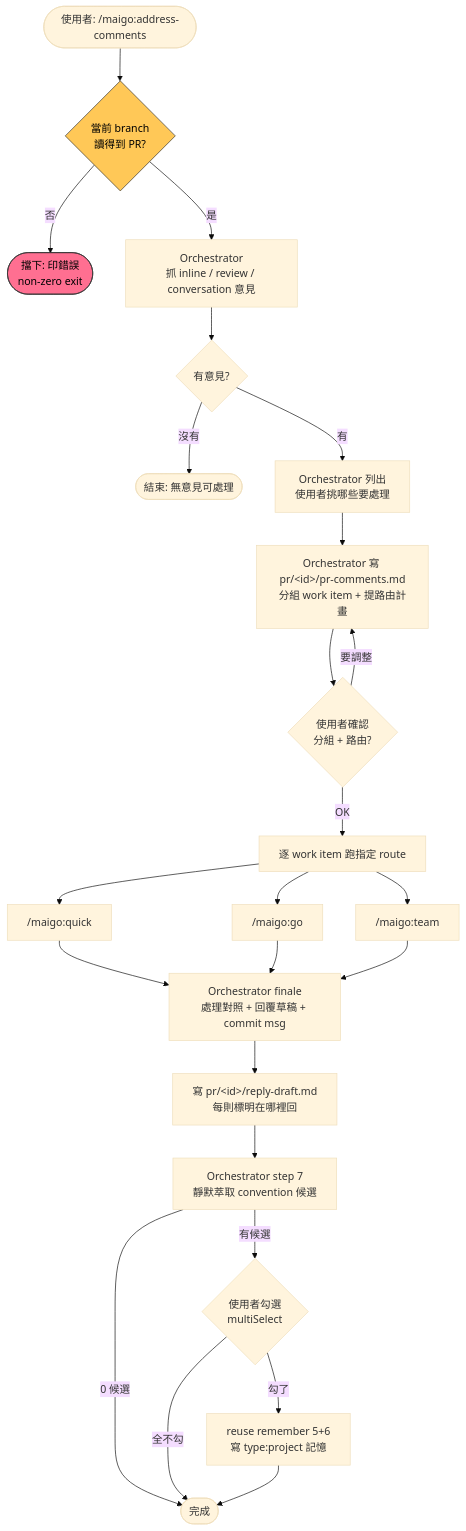
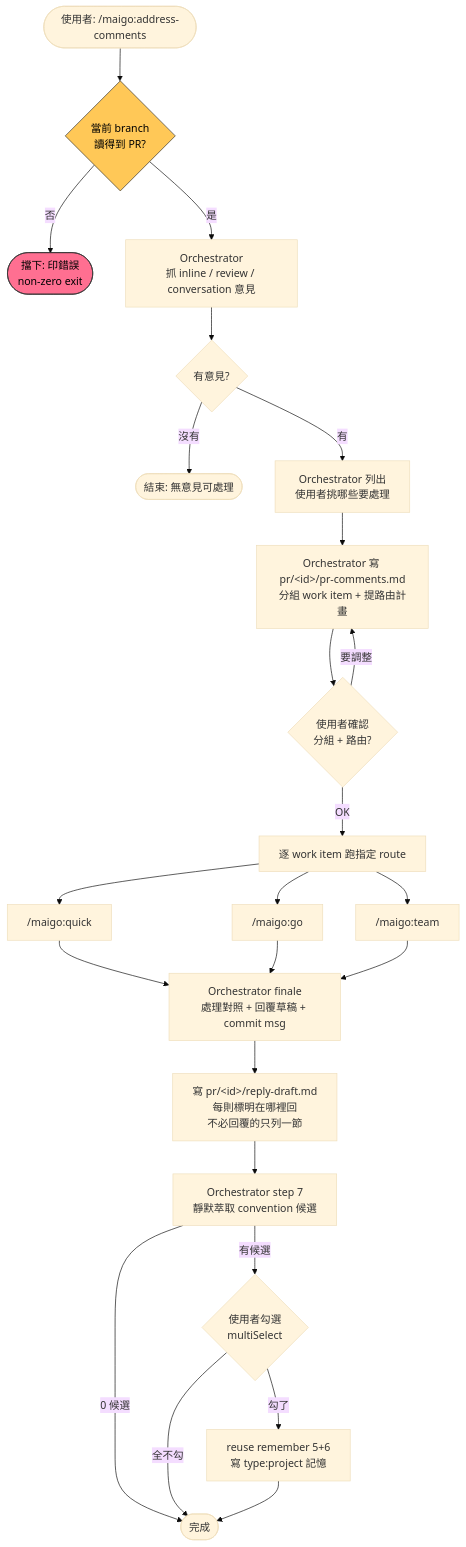
Before and after one commit to Lee-W/maigo: the diagram in docs/commands/address-comments.md, drawn with Mermaid (base theme). The commit also changed 9 other files, not shown here.

First line of the commit message:
feat(skills): draft reply-to-reviewer text as one short sentence with no praise opener, no footer by default, and skip replies that need none

````diff
--- a/docs/commands/address-comments.md
+++ b/docs/commands/address-comments.md
@@ -1,32 +1,32 @@
 ```mermaid
 flowchart TD
     Start([使用者: /maigo:address-comments]) --> Gate{當前 branch<br/>讀得到 PR?}
     Gate -- 否 --> Block([擋下: 印錯誤<br/>non-zero exit])
     Gate -- 是 --> Fetch[Orchestrator<br/>抓 inline / review / conversation 意見]
     Fetch --> HasComments{有意見?}
     HasComments -- 沒有 --> NoOp([結束: 無意見可處理])
     HasComments -- 有 --> List[Orchestrator 列出<br/>使用者挑哪些要處理]
     List --> Plan[Orchestrator 寫 pr/&lt;id&gt;/pr-comments.md<br/>分組 work item + 提路由計畫]
     Plan --> Confirm{使用者確認<br/>分組 + 路由?}
     Confirm -- 要調整 --> Plan
     Confirm -- OK --> Route[逐 work item 跑指定 route]
     Route --> Quick["/maigo:quick"]
     Route --> Go["/maigo:go"]
     Route --> Team["/maigo:team"]
     Quick --> Finale[Orchestrator finale<br/>處理對照 + 回覆草稿 + commit msg]
     Go --> Finale
     Team --> Finale
-    Finale --> Draft[寫 pr/&lt;id&gt;/reply-draft.md<br/>每則標明在哪裡回]
+    Finale --> Draft[寫 pr/&lt;id&gt;/reply-draft.md<br/>每則標明在哪裡回<br/>不必回覆的只列一節]
     Draft --> Learn
     Learn[Orchestrator step 7<br/>靜默萃取 convention 候選]
     Learn -- 0 候選 --> Done([完成])
     Learn -- 有候選 --> Ask{使用者勾選<br/>multiSelect}
     Ask -- 全不勾 --> Done
     Ask -- 勾了 --> Write[reuse remember 5+6<br/>寫 type:project 記憶]
     Write --> Done
 
     classDef gate fill:#FFC857,stroke:#333,color:#000
     classDef block fill:#FF6F91,stroke:#333,color:#000
     class Gate gate
     class Block block
 ```
````
